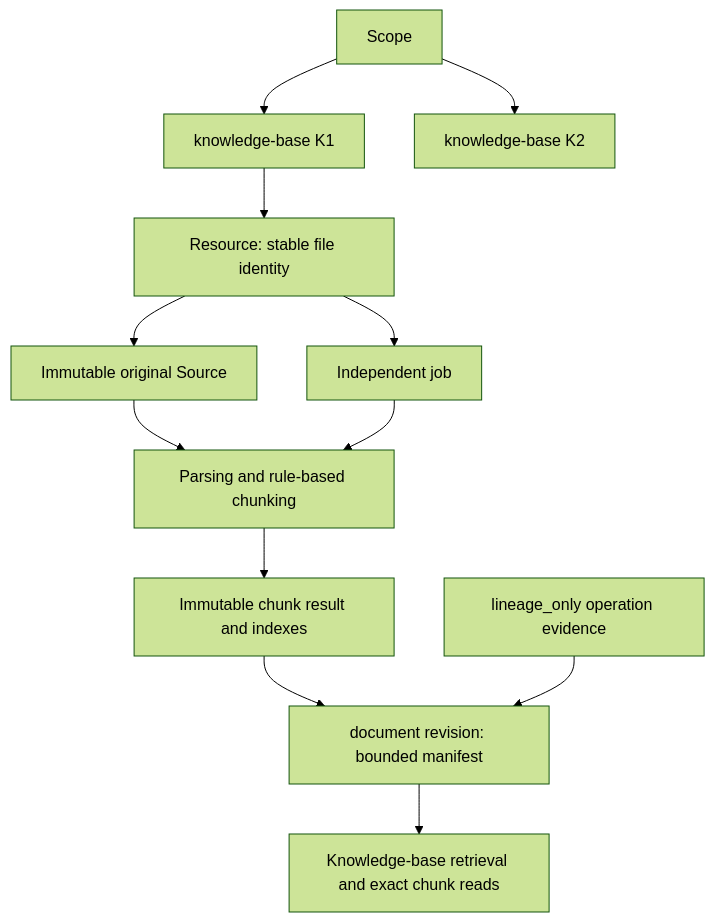
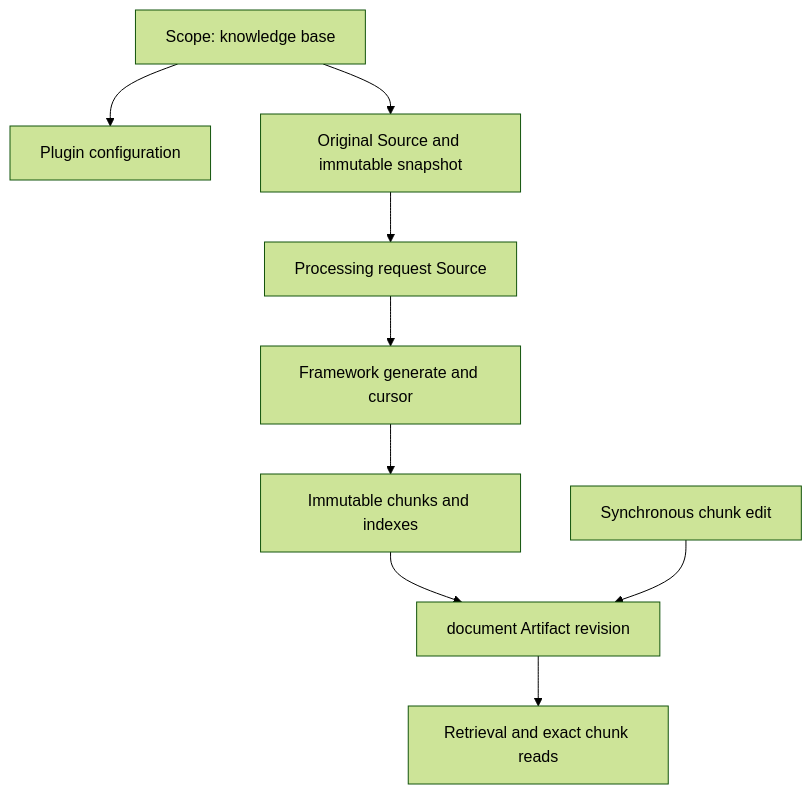
Before and after one commit to oceanbase/powercontext: the diagram in docs/en/rfcs/2570-knowledge-base.md, drawn with Mermaid (forest theme). The commit also changed other lines of this file and 1 other file, not shown here.

Commit message:
docs(rfc): align knowledge bases with scope plugin contracts

````diff
--- a/docs/en/rfcs/2570-knowledge-base.md
+++ b/docs/en/rfcs/2570-knowledge-base.md
@@ -67,14 +66,11 @@
 ```mermaid
 flowchart TD
-  S[Scope] --> K1[knowledge-base K1]
-  S --> K2[knowledge-base K2]
-  K1 --> R[Resource: stable file identity]
-  R --> O[Immutable original Source]
-  R --> J[Independent job]
-  O --> P[Parsing and rule-based chunking]
-  J --> P
-  P --> C[Immutable chunk result and indexes]
-  C --> D[document revision: bounded manifest]
-  E[lineage_only operation evidence] --> D
-  D --> Q[Knowledge-base retrieval and exact chunk reads]
+  S[Scope: knowledge base] --> C[Plugin configuration]
+  S --> O[Original Source and immutable snapshot]
+  O --> R[Processing request Source]
+  R --> G[Framework generate and cursor]
+  G --> I[Immutable chunks and indexes]
+  I --> D[document Artifact revision]
+  U[Synchronous chunk edit] --> D
+  D --> Q[Retrieval and exact chunk reads]
 ```
````
